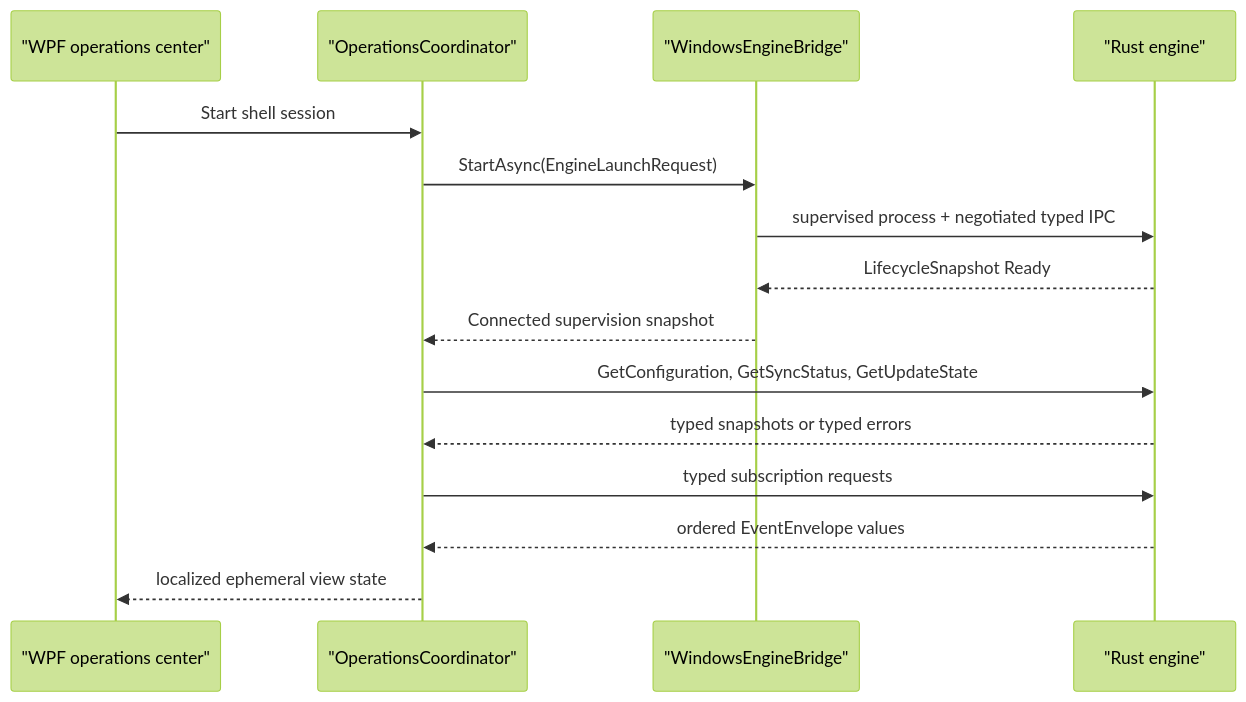
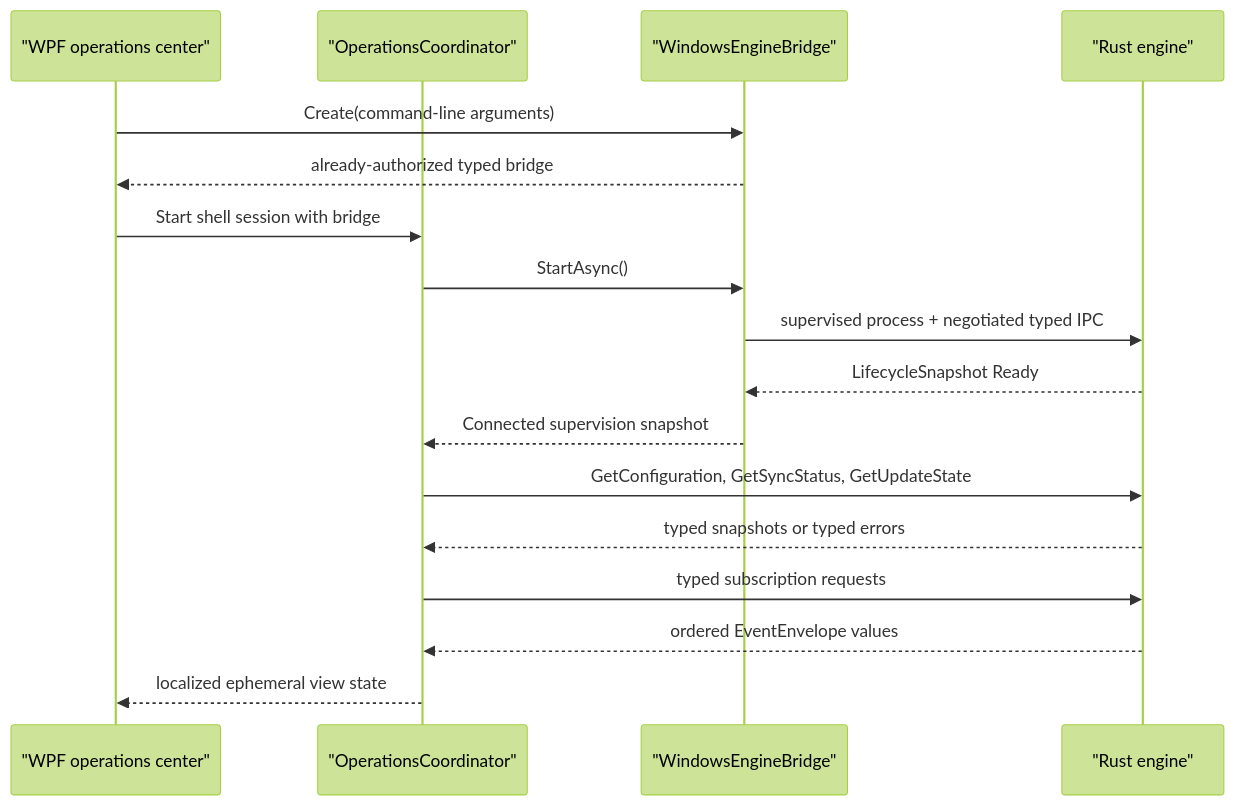
Before and after one commit to HusseinBaraja/Eitmad: the diagram in docs/developer/subsystems/windows-native-shell.md, drawn with Mermaid (forest theme). The commit also changed other lines of this file and 6 other files, not shown here.

````diff
--- a/docs/developer/subsystems/windows-native-shell.md
+++ b/docs/developer/subsystems/windows-native-shell.md
@@ -38,17 +38,19 @@
 ```mermaid
 sequenceDiagram
     participant UI as "WPF operations center"
     participant Coordinator as "OperationsCoordinator"
     participant Adapter as "WindowsEngineBridge"
     participant Engine as "Rust engine"
-    UI->>Coordinator: Start shell session
-    Coordinator->>Adapter: StartAsync(EngineLaunchRequest)
+    UI->>Adapter: Create(command-line arguments)
+    Adapter-->>UI: already-authorized typed bridge
+    UI->>Coordinator: Start shell session with bridge
+    Coordinator->>Adapter: StartAsync()
     Adapter->>Engine: supervised process + negotiated typed IPC
     Engine-->>Adapter: LifecycleSnapshot Ready
     Adapter-->>Coordinator: Connected supervision snapshot
     Coordinator->>Engine: GetConfiguration, GetSyncStatus, GetUpdateState
     Engine-->>Coordinator: typed snapshots or typed errors
     Coordinator->>Engine: typed subscription requests
     Engine-->>Coordinator: ordered EventEnvelope values
     Coordinator-->>UI: localized ephemeral view state
 ```
````
